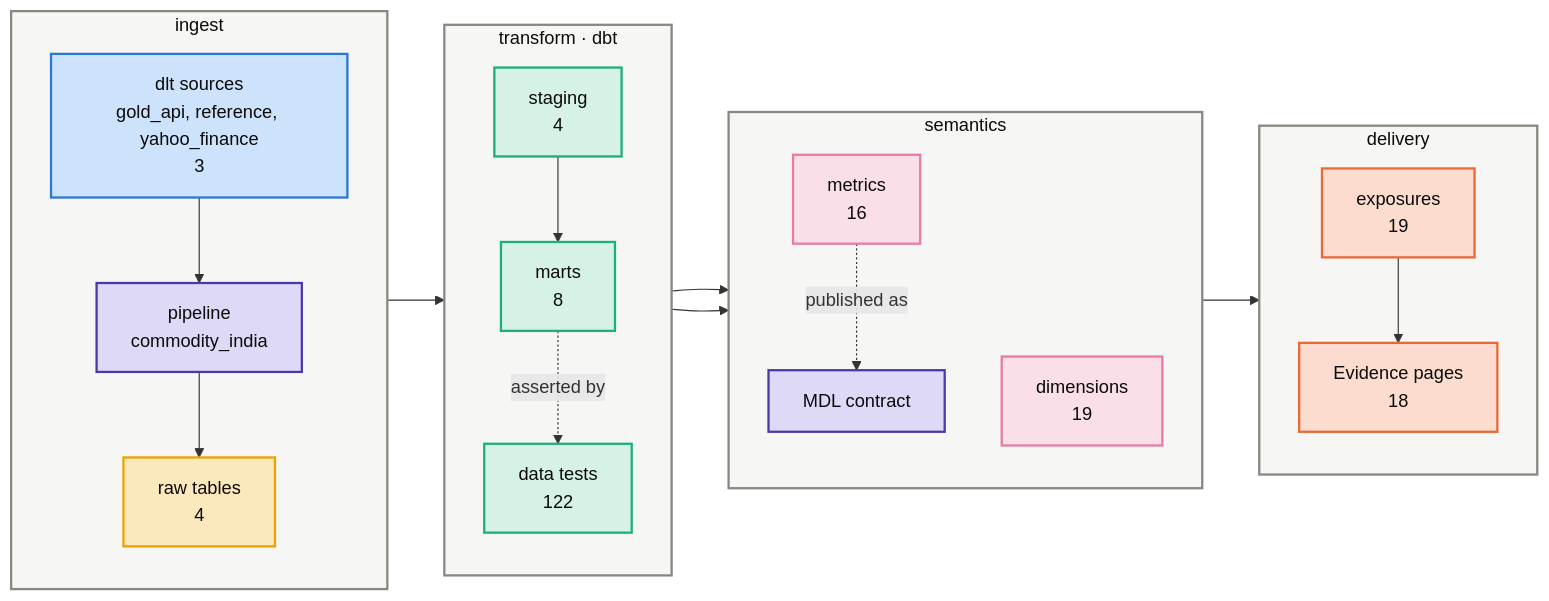
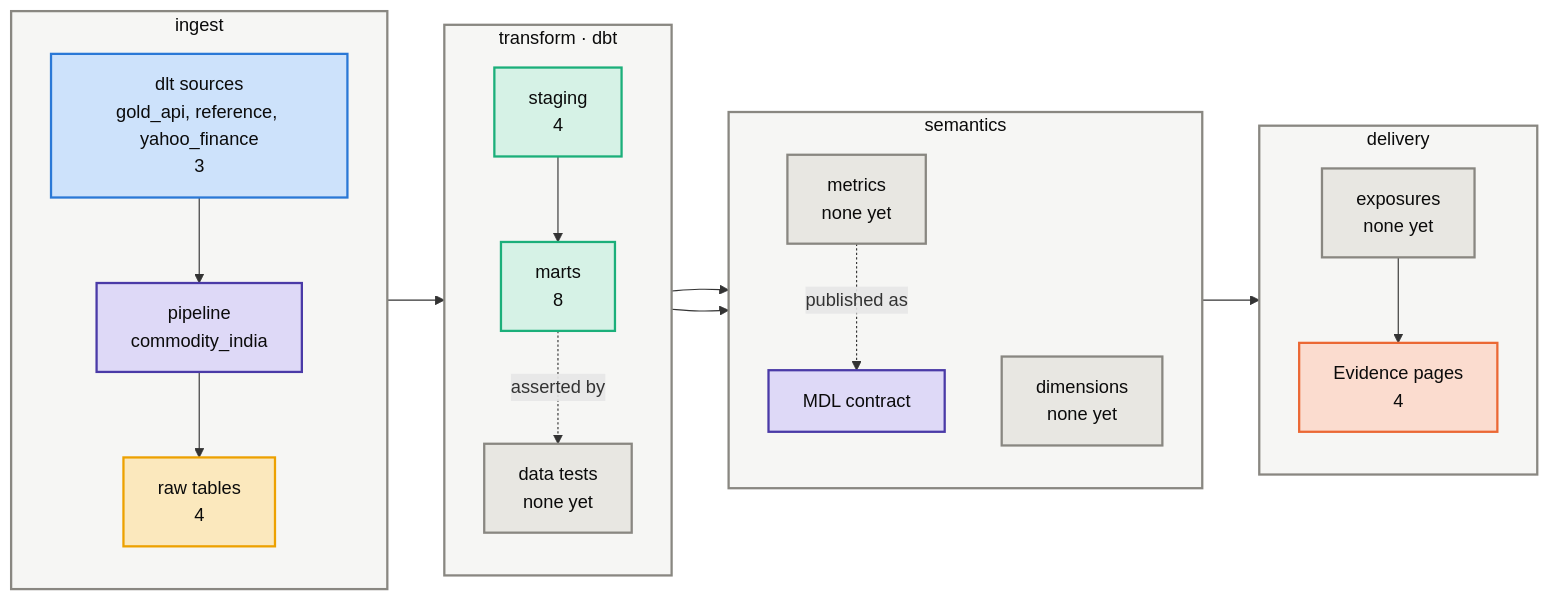
One commit to Atomz-org/data-platform changed the first of 3 diagrams in groups/commodity/projects/commodity-india/kg/architecture.md. Above: the diagram before and after it, drawn with Mermaid. The commit also changed other lines of this file and 8 other files, not shown here.

````diff
--- a/groups/commodity/projects/commodity-india/kg/architecture.md
+++ b/groups/commodity/projects/commodity-india/kg/architecture.md
@@ -10,41 +10,41 @@
 ```mermaid
 flowchart LR
     subgraph LI["ingest"]
         direction TB
         I1["dlt sources<br/>gold_api, reference, yahoo_finance<br/>3"]:::ingress
         I2["pipeline<br/>commodity_india"]:::platform
         I3["raw tables<br/>4"]:::raw
     end
     subgraph LT["transform · dbt"]
         direction TB
         T1["staging<br/>4"]:::model
         T2["marts<br/>8"]:::model
-        T3["data tests<br/>122"]:::model
+        T3["data tests<br/>none yet"]:::neutral
     end
     subgraph LS["semantics"]
         direction TB
-        S1["metrics<br/>16"]:::metric
-        S2["dimensions<br/>19"]:::metric
+        S1["metrics<br/>none yet"]:::neutral
+        S2["dimensions<br/>none yet"]:::neutral
         S3["MDL contract"]:::platform
     end
     subgraph LD["delivery"]
         direction TB
-        D1["exposures<br/>19"]:::exposure
-        D2["Evidence pages<br/>18"]:::exposure
+        D1["exposures<br/>none yet"]:::neutral
+        D2["Evidence pages<br/>4"]:::exposure
     end
     I1 --> I2 --> I3 --> T1 --> T2
     T2 --> S1 --> D1 --> D2
     T2 --> S2
     S1 -.published as.-> S3
     T2 -.asserted by.-> T3
     classDef ingress fill:#cde2fb,stroke:#2a78d6,stroke-width:2px,color:#0b0b0b
     classDef platform fill:#ded9f7,stroke:#4a3aa7,stroke-width:2px,color:#0b0b0b
     classDef raw fill:#fbe8bd,stroke:#eda100,stroke-width:2px,color:#0b0b0b
     classDef model fill:#d6f2e6,stroke:#1baf7a,stroke-width:2px,color:#0b0b0b
     classDef metric fill:#fadfe8,stroke:#e87ba4,stroke-width:2px,color:#0b0b0b
     classDef exposure fill:#fbdccf,stroke:#eb6834,stroke-width:2px,color:#0b0b0b
     classDef neutral fill:#e8e7e2,stroke:#898781,stroke-width:2px,color:#0b0b0b
     classDef project fill:#e3eefc,stroke:#2a78d6,stroke-width:2px,color:#0b0b0b
     classDef lane fill:#f6f6f4,stroke:#898781,stroke-width:2px,color:#0b0b0b
     class LI,LT,LS,LD lane
 ```
````
